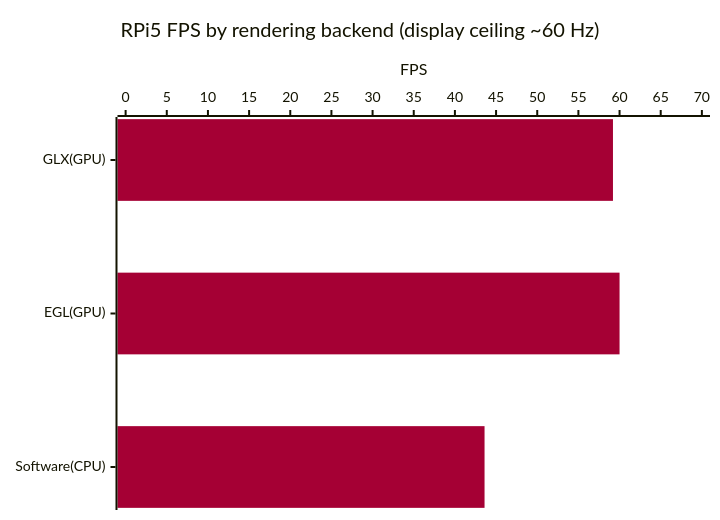
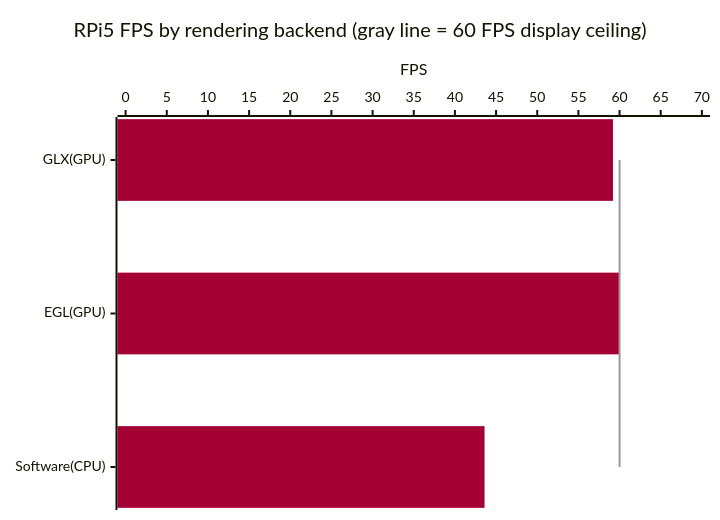
One commit to lgcmu2026-team5/TimeGrapher-Docs changed the first of 4 diagrams in Milestone/en/4-Planned-Experiments.md. Above: the diagram before and after it, drawn with Mermaid. The commit also changed other lines of this file and 1 other file, not shown here.

First line of the commit message:
docs(EXP-01/02/05): add gray reference lines to charts

````diff
--- a/Milestone/en/4-Planned-Experiments.md
+++ b/Milestone/en/4-Planned-Experiments.md
@@ -36,8 +36,9 @@
 ```mermaid
-%%{init: {"themeVariables": {"xyChart": {"plotColorPalette": "#A50034"}}}}%%
+%%{init: {"themeVariables": {"xyChart": {"plotColorPalette": "#A50034, #999999"}}}}%%
 xychart-beta horizontal
-    title "RPi5 FPS by rendering backend (display ceiling ~60 Hz)"
+    title "RPi5 FPS by rendering backend (gray line = 60 FPS display ceiling)"
     x-axis ["GLX(GPU)", "EGL(GPU)", "Software(CPU)"]
     y-axis "FPS" 0 --> 70
     bar [59.2, 60.0, 43.6]
+    line [60, 60, 60]
 ```
````
